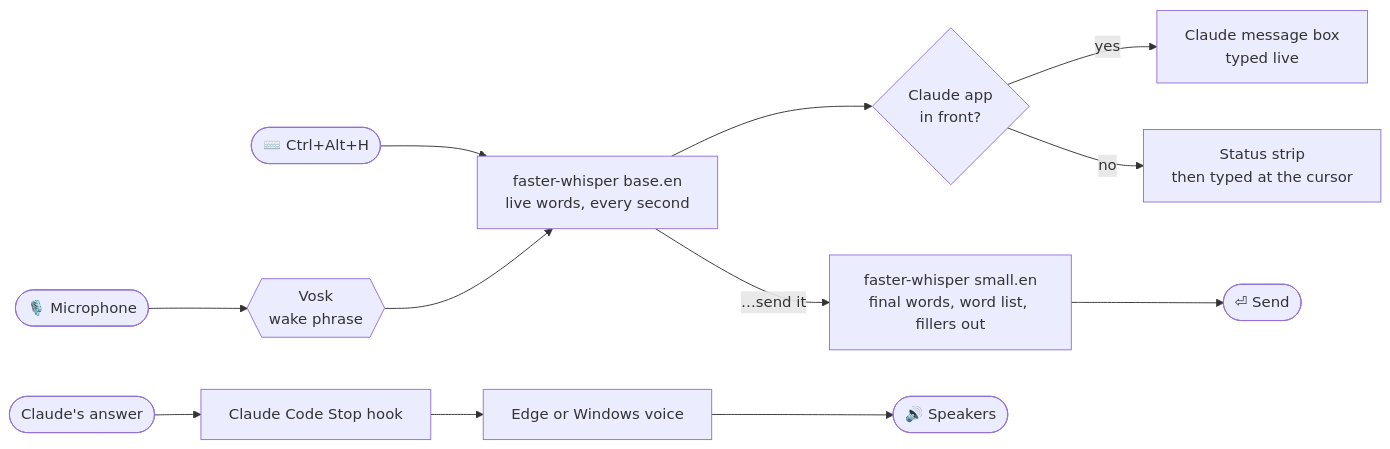
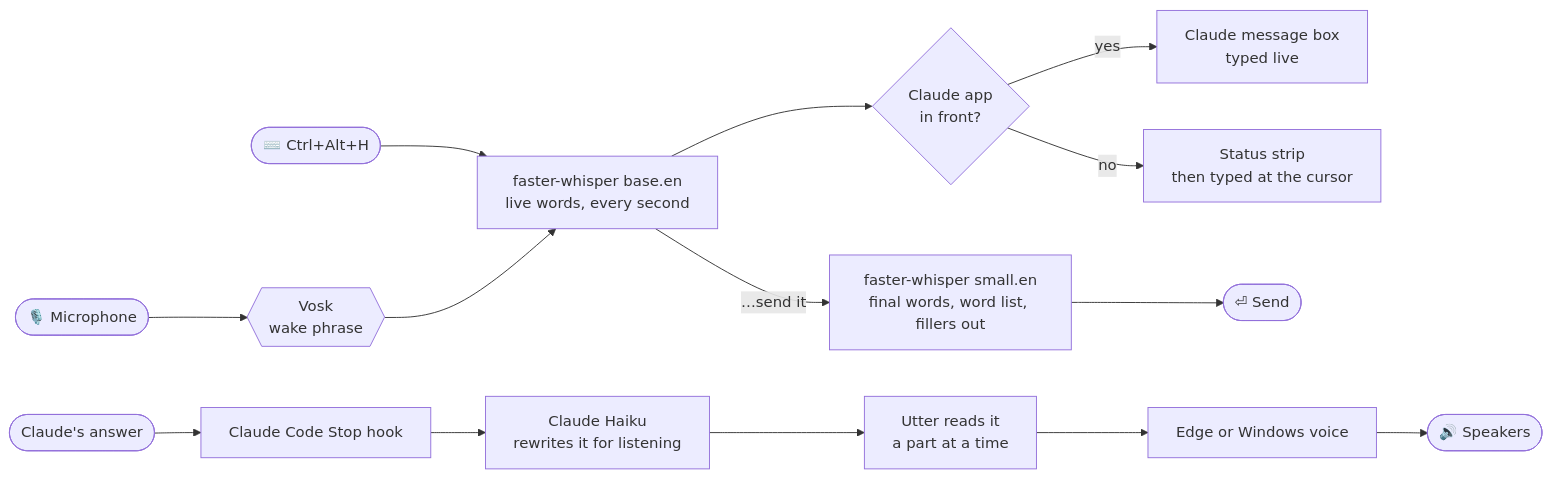
Before and after one commit to suv0/parley: the second of 2 diagrams in README.md, drawn with Mermaid. The commit also changed other lines of this file and 3 other files, not shown here.

````diff
--- a/README.md
+++ b/README.md
@@ -313,12 +371,13 @@
 ```mermaid
 flowchart LR
     mic([🎙️ Microphone]) --> wake{{Vosk<br/>wake phrase}}
     key([⌨️ Ctrl+Alt+H]) --> listen
     wake --> listen[faster-whisper base.en<br/>live words, every second]
     listen --> where{Claude app<br/>in front?}
     where -- yes --> box[Claude message box<br/>typed live]
     where -- no --> strip[Status strip<br/>then typed at the cursor]
     listen -- "…send it" --> final[faster-whisper small.en<br/>final words, word list, fillers out]
     final --> enter([⏎ Send])
-    answer([Claude's answer]) --> hook[Claude Code Stop hook] --> voice[Edge or Windows voice] --> spk([🔊 Speakers])
+    answer([Claude's answer]) --> hook[Claude Code Stop hook] --> rewrite[Claude Haiku<br/>rewrites it for listening]
+    rewrite --> reader[Utter reads it<br/>a part at a time] --> voice[Edge or Windows voice] --> spk([🔊 Speakers])
 ```
````
